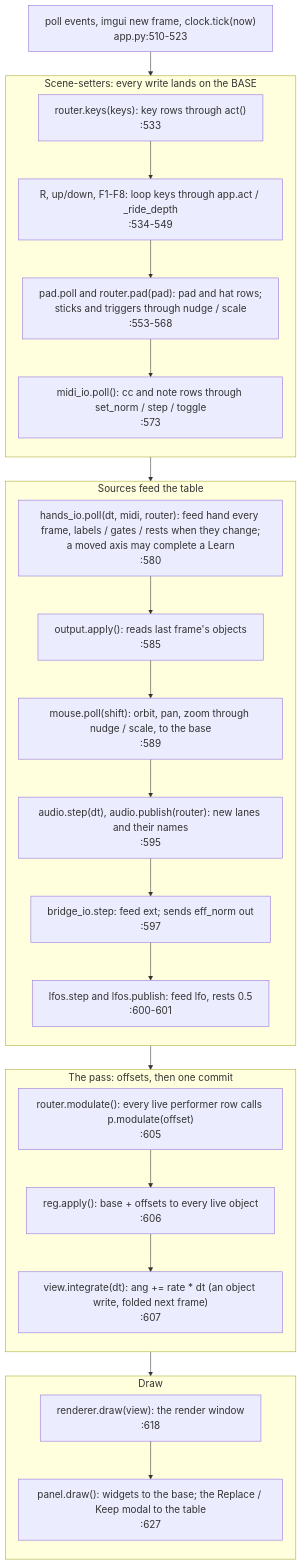
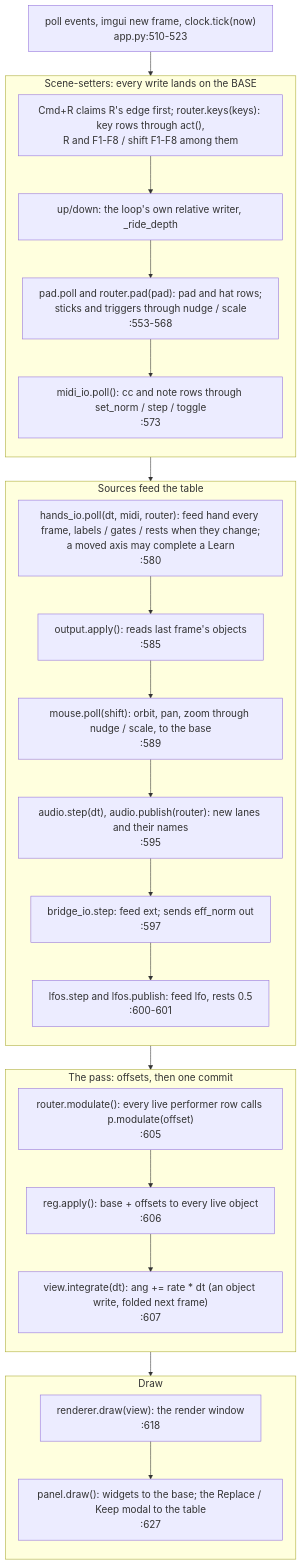
Before and after one commit to Cutaiar/hyperspace: the diagram in hyperspace-python/docs/ARCHITECTURE.md, drawn with Mermaid. The commit also changed other lines of this file and 5 other files, not shown here.

First line of the commit message:
Plan 11 WP7 docs: ARCHITECTURE frame, scene-setter and §3.7 rows; DECISIONS, AUDIT R2/L2, plan 11 row 7, register row 7; hand check 1 covers R and the F-keys

````diff
--- a/hyperspace-python/docs/ARCHITECTURE.md
+++ b/hyperspace-python/docs/ARCHITECTURE.md
@@ -67,40 +67,40 @@
 ```mermaid
 %%{init: {"themeVariables": {"fontSize": "18px"}, "flowchart": {"nodeSpacing": 28, "rankSpacing": 44, "wrappingWidth": 420}}}%%
 flowchart TB
     S0["poll events, imgui new frame, clock.tick(now)<br/>app.py:510-523"]
     subgraph setters ["Scene-setters: every write lands on the BASE"]
         direction TB
-        S1["router.keys(keys): key rows through act()<br/>:533"]
-        S2["R, up/down, F1-F8: loop keys through app.act / _ride_depth<br/>:534-549"]
+        S1["Cmd+R claims R's edge first; router.keys(keys): key rows through act(),<br/>R and F1-F8 / shift F1-F8 among them"]
+        S2["up/down: the loop's own relative writer, _ride_depth"]
         S3["pad.poll and router.pad(pad): pad and hat rows;<br/>sticks and triggers through nudge / scale<br/>:553-568"]
         S4["midi_io.poll(): cc and note rows through set_norm / step / toggle<br/>:573"]
         S1 --> S2 --> S3 --> S4
     end
     subgraph feeds ["Sources feed the table"]
         direction TB
         S5["hands_io.poll(dt, midi, router): feed hand every frame, labels / gates / rests when they change;<br/>a moved axis may complete a Learn<br/>:580"]
         S6["output.apply(): reads last frame's objects<br/>:585"]
         S7["mouse.poll(shift): orbit, pan, zoom through nudge / scale, to the base<br/>:589"]
         S8["audio.step(dt), audio.publish(router): new lanes and their names<br/>:595"]
         S9["bridge_io.step: feed ext; sends eff_norm out<br/>:597"]
         S10["lfos.step and lfos.publish: feed lfo, rests 0.5<br/>:600-601"]
         S5 --> S6 --> S7 --> S8 --> S9 --> S10
     end
     subgraph pass ["The pass: offsets, then one commit"]
         direction TB
         S11["router.modulate(): every live performer row calls p.modulate(offset)<br/>:605"]
         S12["reg.apply(): base + offsets to every live object<br/>:606"]
         S13["view.integrate(dt): ang += rate * dt (an object write, folded next frame)<br/>:607"]
         S11 --> S12 --> S13
     end
     subgraph draw ["Draw"]
         direction TB
         S14["renderer.draw(view): the render window<br/>:618"]
         S15["panel.draw(): widgets to the base; the Replace / Keep modal to the table<br/>:627"]
         S14 --> S15
     end
     S0 --> S1
     S4 --> S5
     S10 --> S11
     S13 --> S14
 ```
````
